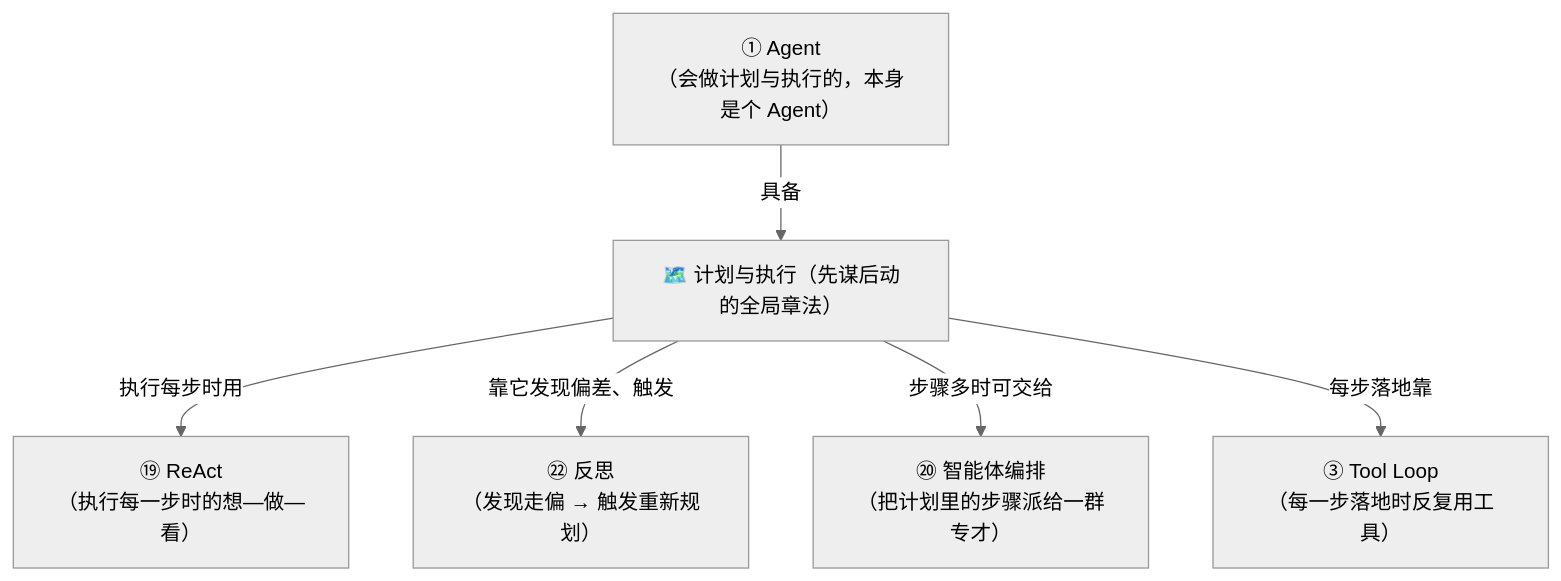
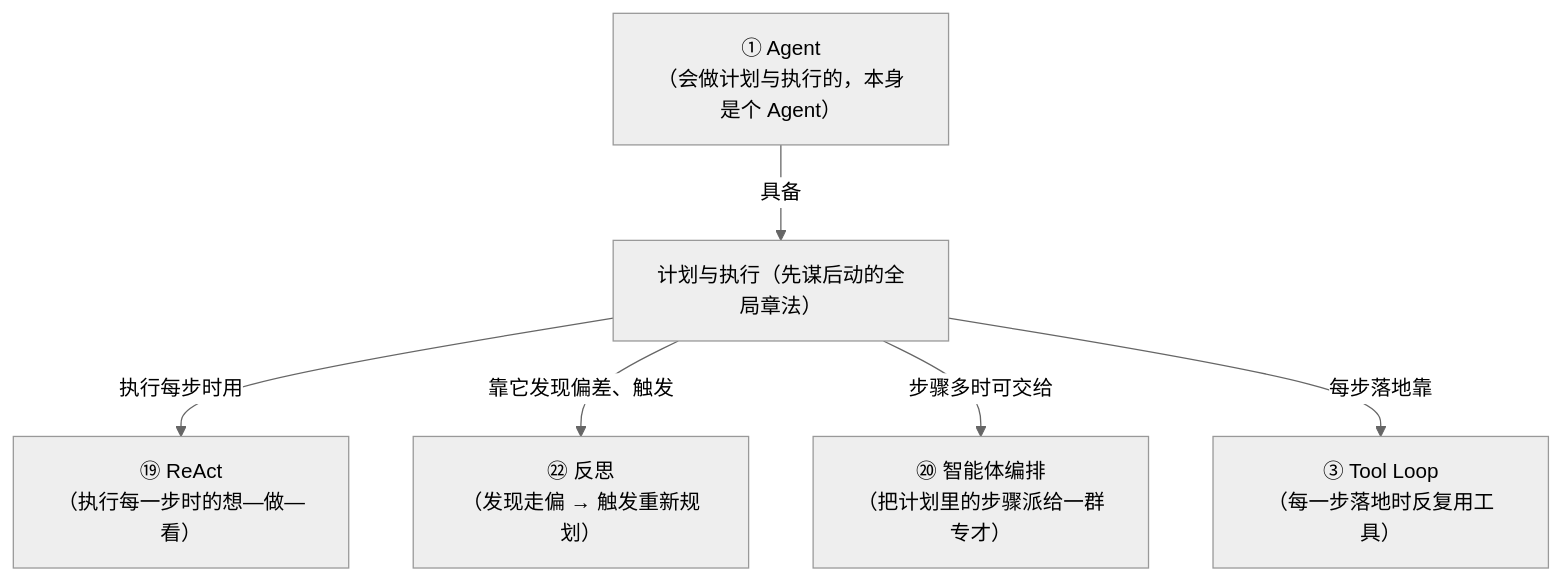
Before and after one commit to luckykhy/KhyAiHub: the fifth of 5 diagrams in docs/02_CONCEPTS_概念入门/CONCEPT/[CONCEPT-23] 什么是计划与执行-PlanAndExecute.md, drawn with Mermaid (neutral theme). The commit also changed other lines of this file, not shown here.

````diff
--- a/docs/02_CONCEPTS_概念入门/CONCEPT/[CONCEPT-23] 什么是计划与执行-PlanAndExecute.md
+++ b/docs/02_CONCEPTS_概念入门/CONCEPT/[CONCEPT-23] 什么是计划与执行-PlanAndExecute.md
@@ -277,14 +277,14 @@
 ```mermaid
 flowchart TB
-  PAE["🗺️ 计划与执行（先谋后动的全局章法）"]
+  PAE["计划与执行（先谋后动的全局章法）"]
   REACT["⑲ ReAct<br/>（执行每一步时的想—做—看）"]
   REFLECT["㉒ 反思<br/>（发现走偏 → 触发重新规划）"]
   ORCH["⑳ 智能体编排<br/>（把计划里的步骤派给一群专才）"]
   TL["③ Tool Loop<br/>（每一步落地时反复用工具）"]
   AGENT["① Agent<br/>（会做计划与执行的，本身是个 Agent）"]
   PAE -->|"执行每步时用"| REACT
   PAE -->|"靠它发现偏差、触发"| REFLECT
   PAE -->|"步骤多时可交给"| ORCH
   PAE -->|"每步落地靠"| TL
   AGENT -->|"具备"| PAE
 ```
````
